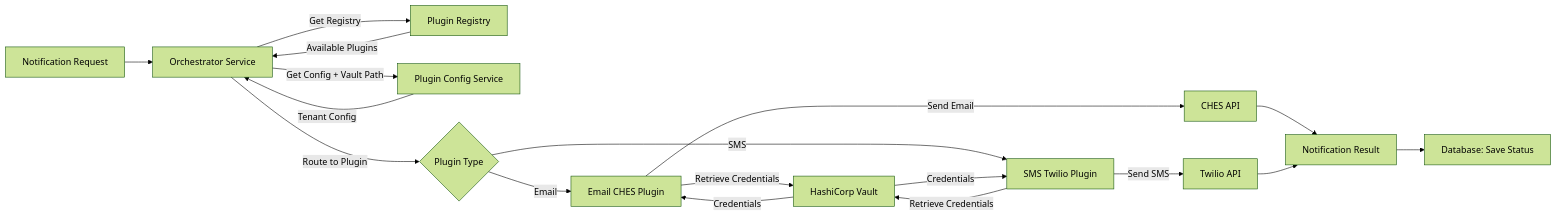
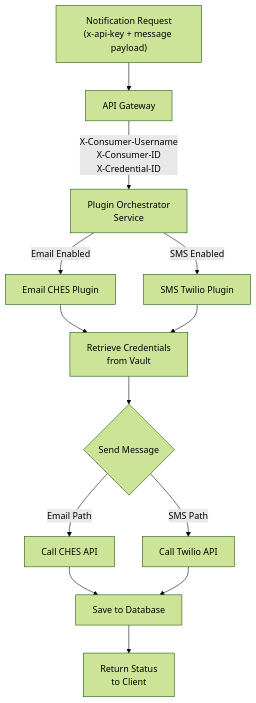
Before and after one commit to bcgov/common-notify: the first of 4 diagrams in PLUGIN_ARCHITECTURE.md, drawn with Mermaid (forest theme). The commit also changed other lines of this file and 3 other files, not shown here.

Commit message:
update gateway config to accept client credentials

````diff
--- a/PLUGIN_ARCHITECTURE.md
+++ b/PLUGIN_ARCHITECTURE.md
@@ -24,27 +23,20 @@
 ```mermaid
-graph LR
-    A[Notification Request] --> B[Orchestrator Service]
-    B --> |Get Registry| C[Plugin Registry]
-    C --> |Available Plugins| B
+graph TD
+    A["Notification Request<br/>(x-api-key + message payload)"] --> B["API Gateway<br/>"]
+    B -->|"X-Consumer-Username<br/>X-Consumer-ID<br/>X-Credential-ID"| C["Plugin Orchestrator<br/>Service"]
+    C -->|Email Enabled| D[Email CHES Plugin]
+    C -->|SMS Enabled| E[SMS Twilio Plugin]
 
-    B --> |Get Config + Vault Path| D[Plugin Config Service]
-    D --> |Tenant Config| B
+    D --> F[Retrieve Credentials<br/>from Vault]
+    E --> F
 
-    B --> |Route to Plugin| E{Plugin Type}
-    E -->|Email| F[Email CHES Plugin]
-    E -->|SMS| G[SMS Twilio Plugin]
+    F --> G{Send Message}
 
-    F --> |Retrieve Credentials| V[HashiCorp Vault]
-    G --> |Retrieve Credentials| V
+    G -->|Email Path| H[Call CHES API]
+    G -->|SMS Path| I[Call Twilio API]
 
-    V --> |Credentials| F
-    V --> |Credentials| G
-
-    F --> |Send Email| H[CHES API]
-    G --> |Send SMS| I[Twilio API]
-
-    H --> J[Notification Result]
+    H --> J[Save to Database]
     I --> J
 
-    J --> K[Database: Save Status]
+    J --> K[Return Status<br/>to Client]
 ```
````
